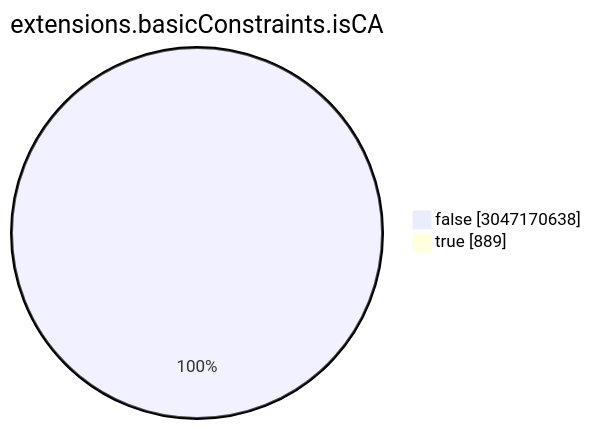
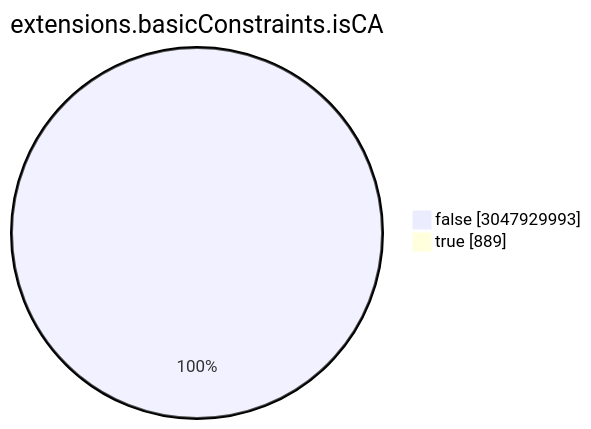
The seventh of 15 diagrams in TOTAL/README.md (christiankrug/ctmonitor_visualization), drawn with Mermaid before and after one commit. The commit also changed other lines of this file, not shown here.

````diff
--- a/TOTAL/README.md
+++ b/TOTAL/README.md
@@ -3086,6 +3086,6 @@
 ```mermaid
 pie showData
 title extensions.basicConstraints.isCA
-"false" :3047170638
+"false" :3047929993
 "true" :889
 ```
````
